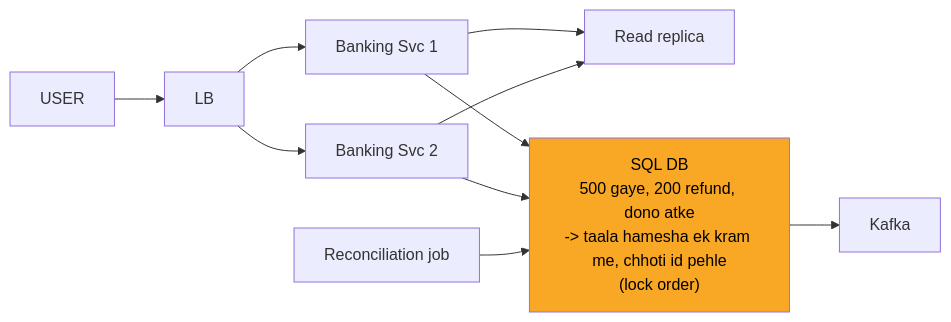
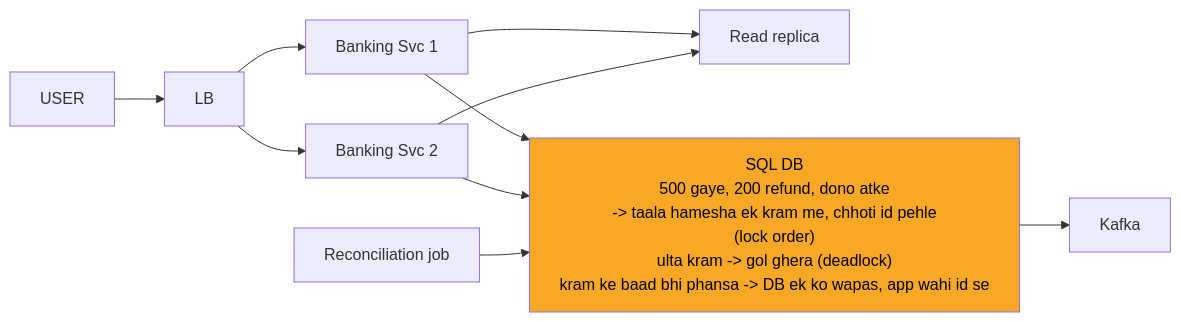
One commit to ArpanMaheshwari144/Prep changed the tenth of 13 diagrams in 04_HLD/SYSTEM_DESIGNS/13_banking_system/13_banking_system.md. Above: the diagram before and after it, drawn with Mermaid. The commit also changed other lines of this file and 12 other files, not shown here.

Commit message:
hld 02-14: peele dabbe me SAFAR ke mod + diagram chauda (wrappingWidth 450)

````diff
--- a/04_HLD/SYSTEM_DESIGNS/13_banking_system/13_banking_system.md
+++ b/04_HLD/SYSTEM_DESIGNS/13_banking_system/13_banking_system.md
@@ -322,21 +332,22 @@
 ```mermaid
+%%{init: {"flowchart": {"wrappingWidth": 450}}}%%
 flowchart LR
     n_USER["USER"]
     n_LB["LB"]
     n_S1["Banking Svc 1"]
     n_S2["Banking Svc 2"]
     n_RR["Read replica"]
-    n_DB["SQL DB<br/>500 gaye, 200 refund, dono atke<br/>-> taala hamesha ek kram me, chhoti id pehle<br/>(lock order)"]
+    n_DB["SQL DB<br/>500 gaye, 200 refund, dono atke<br/>-> taala hamesha ek kram me, chhoti id pehle<br/>(lock order)<br/>ulta kram -> gol ghera (deadlock)<br/>kram ke baad bhi phansa -> DB ek ko wapas, app wahi id se"]
     n_K["Kafka"]
     n_REC["Reconciliation job"]
     n_USER --> n_LB
     n_LB --> n_S1
     n_LB --> n_S2
     n_S1 --> n_RR
     n_S2 --> n_RR
     n_S1 --> n_DB
     n_S2 --> n_DB
     n_DB --> n_K
     n_REC --> n_DB
     style n_DB fill:#f9a825,color:#000
 ```
````
